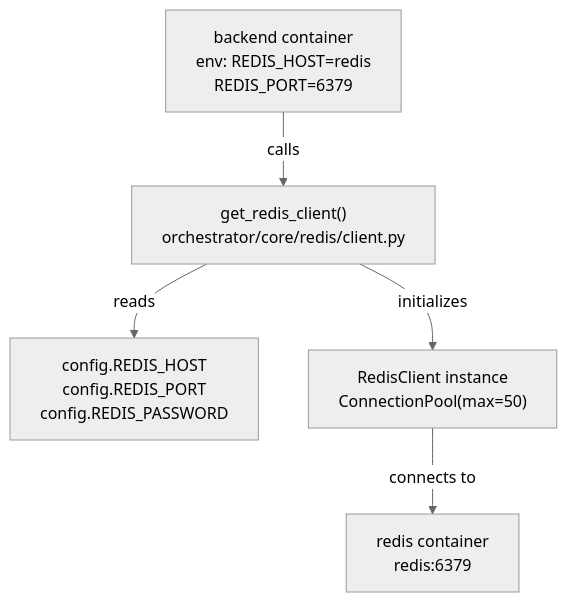
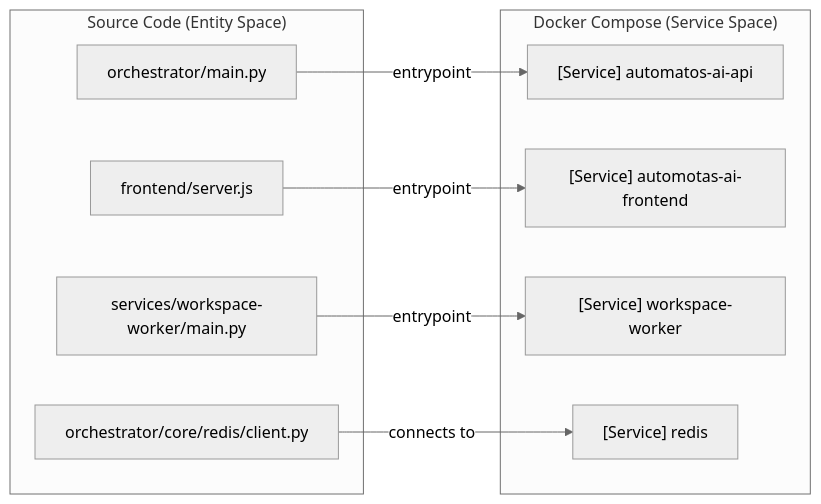
Before and after one commit to AutomatosAI/automatos-ai: the second of 2 diagrams in docs/deployment-infrastructure/docker-compose-setup.md, drawn with Mermaid (neutral theme). The commit also changed other lines of this file and 149 other files, not shown here.

Commit message:
docs: refresh documentation with graphify semantic scan

````diff
--- a/docs/deployment-infrastructure/docker-compose-setup.md
+++ b/docs/deployment-infrastructure/docker-compose-setup.md
@@ -665,13 +164,21 @@
 ```mermaid
-graph TB
-    Backend["backend container<br/>env: REDIS_HOST=redis<br/>REDIS_PORT=6379"]
-    GetClient["get_redis_client()<br/>orchestrator/core/redis/client.py"]
-    Config["config.REDIS_HOST<br/>config.REDIS_PORT<br/>config.REDIS_PASSWORD"]
-    RedisClient["RedisClient instance<br/>ConnectionPool(max=50)"]
-    RedisContainer["redis container<br/>redis:6379"]
-    
-    Backend -->|"calls"| GetClient
-    GetClient -->|"reads"| Config
-    GetClient -->|"initializes"| RedisClient
-    RedisClient -->|"connects to"| RedisContainer
+graph LR
+    subgraph "Source Code (Entity Space)"
+        fastapi_app["orchestrator/main.py"]
+        next_app["frontend/server.js"]
+        worker_app["services/workspace-worker/main.py"]
+        redis_lib["orchestrator/core/redis/client.py"]
+    end
+
+    subgraph "Docker Compose (Service Space)"
+        api_svc["[Service] automatos-ai-api"]
+        ui_svc["[Service] automotas-ai-frontend"]
+        ww_svc["[Service] workspace-worker"]
+        redis_svc["[Service] redis"]
+    end
+
+    fastapi_app -->|"entrypoint"| api_svc
+    next_app -->|"entrypoint"| ui_svc
+    worker_app -->|"entrypoint"| ww_svc
+    redis_lib -->|"connects to"| redis_svc
 ```
````
